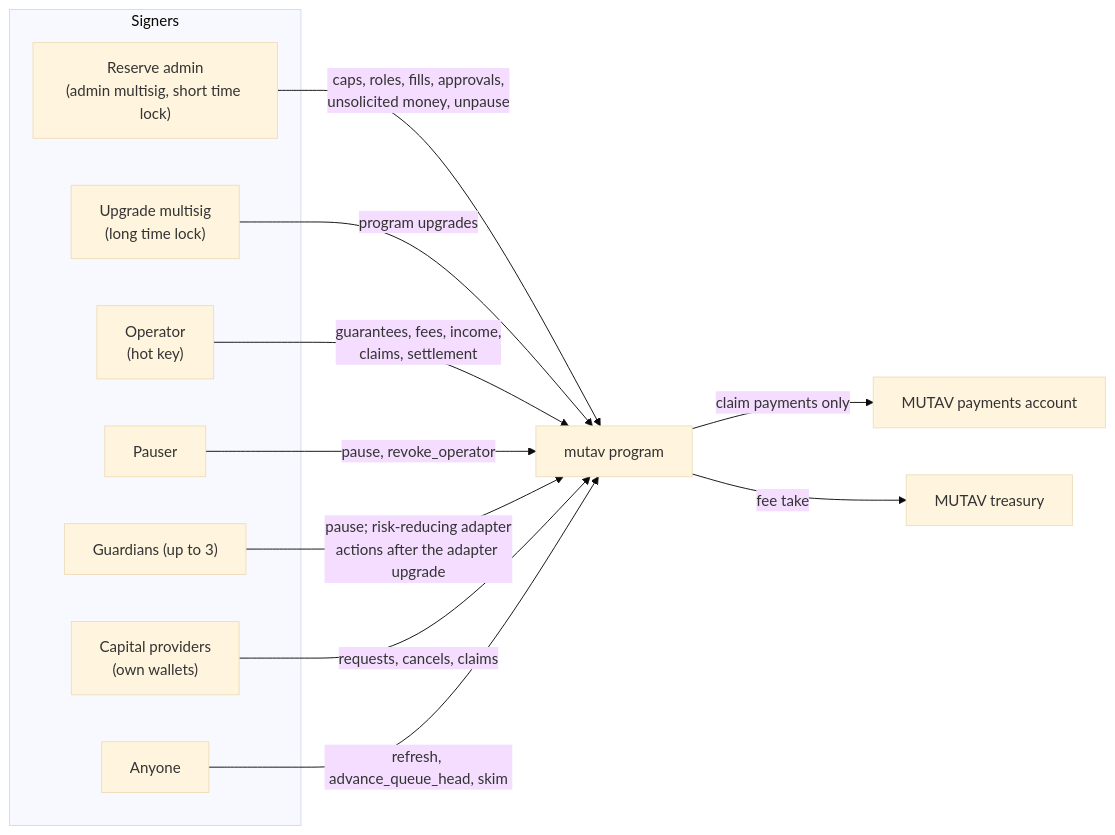
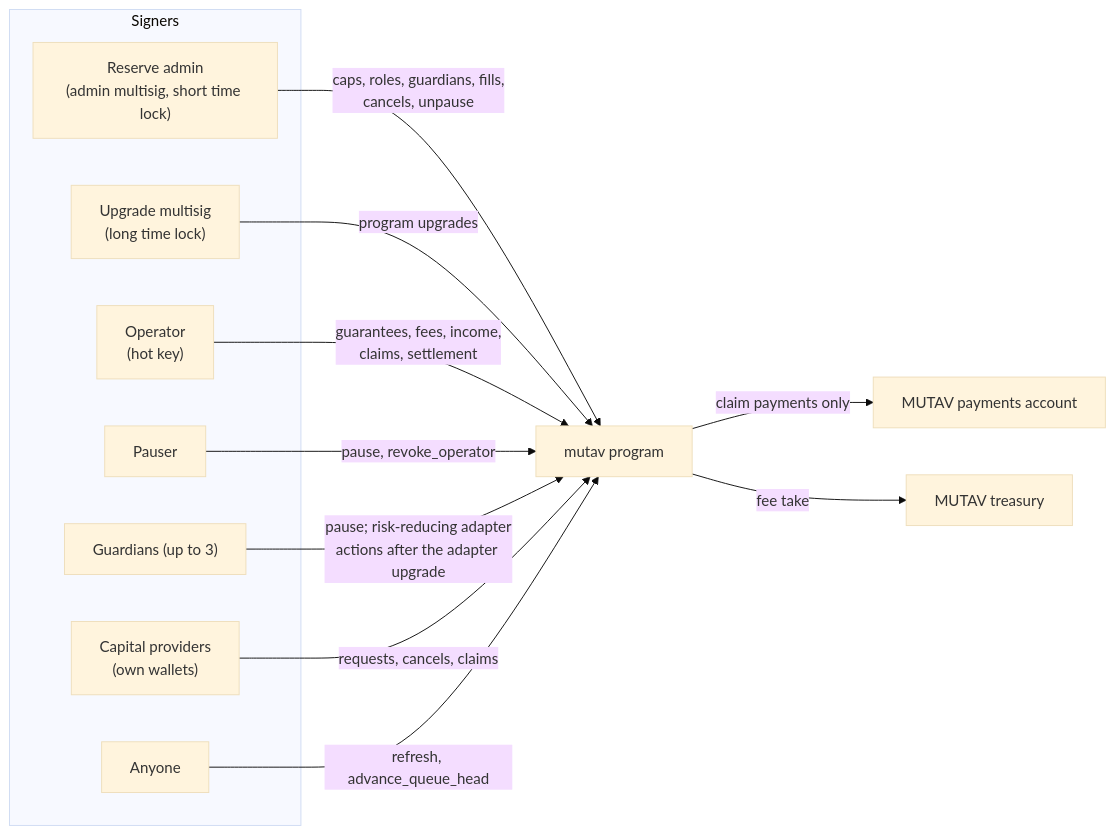
Before and after one commit to mutav-finance/mutav-protocol-solana: the diagram in docs/security/README.md, drawn with Mermaid (base theme). The commit also changed other lines of this file and 12 other files, not shown here.

First line of the commit message:
docs: align architecture and security pages with main

````diff
--- a/docs/security/README.md
+++ b/docs/security/README.md
@@ -32,22 +32,22 @@
 ```mermaid
 flowchart LR
     subgraph Signers
         A["Reserve admin<br/>(admin multisig, short time lock)"]
         U["Upgrade multisig<br/>(long time lock)"]
         O["Operator<br/>(hot key)"]
         P["Pauser"]
         G["Guardians (up to 3)"]
         I["Capital providers<br/>(own wallets)"]
         X["Anyone"]
     end
     M["mutav program"]
-    A -->|caps, roles, fills, approvals,<br/>unsolicited money, unpause| M
+    A -->|caps, roles, guardians, fills,<br/>cancels, unpause| M
     U -->|program upgrades| M
     O -->|guarantees, fees, income,<br/>claims, settlement| M
     P -->|pause, revoke_operator| M
     G -->|pause; risk-reducing adapter<br/>actions after the adapter upgrade| M
     I -->|requests, cancels, claims| M
-    X -->|refresh, advance_queue_head, skim| M
+    X -->|refresh, advance_queue_head| M
     M -->|claim payments only| PA["MUTAV payments account"]
     M -->|fee take| T["MUTAV treasury"]
 ```
````
